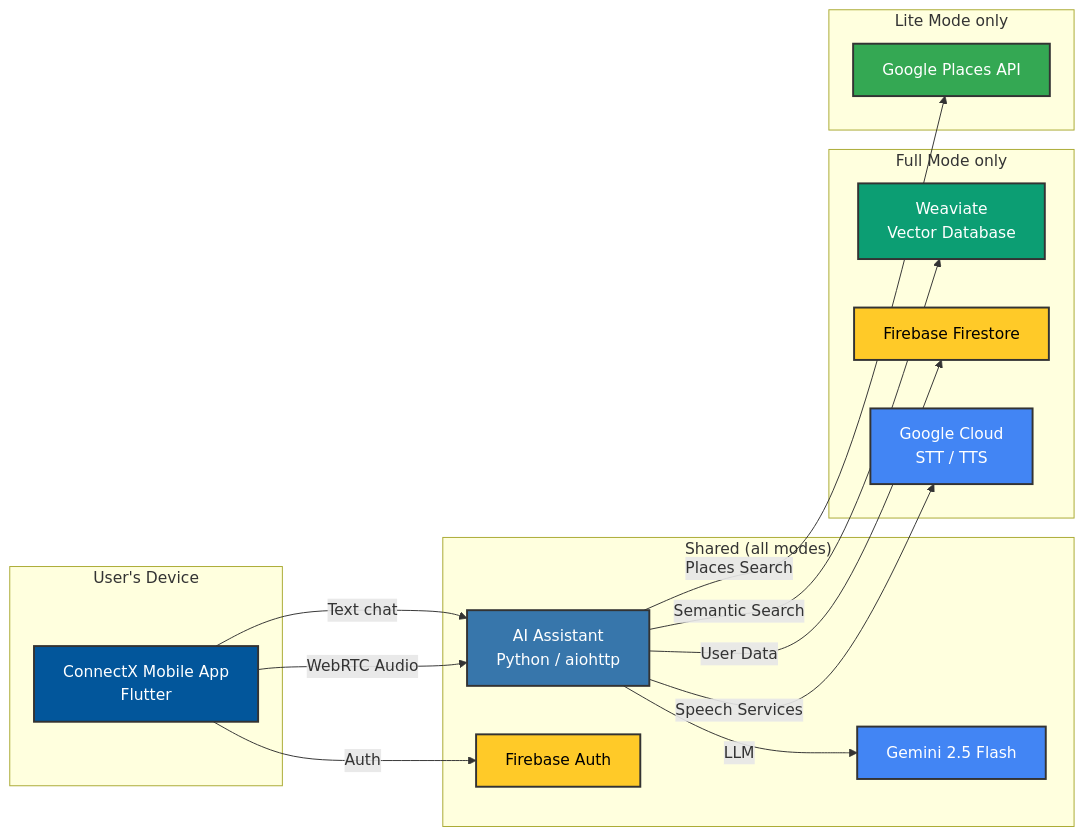
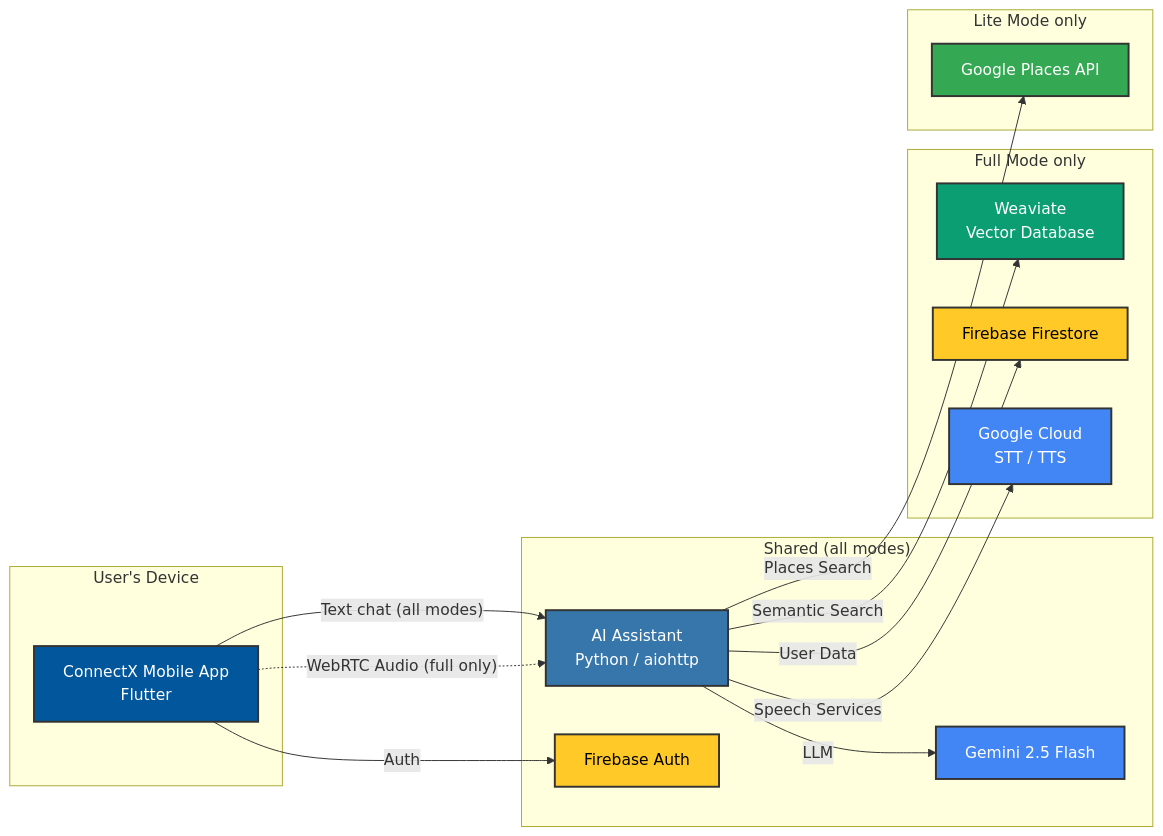
One commit to Fides-Connect/linkora changed the diagram in README.md. Above: the diagram before and after it, drawn with Mermaid. The commit also changed other lines of this file and 2 other files, not shown here.

Commit message:
Fix Copilot review: WebRTC full-only, lite wording, CrossEncoder shared, full FSM rewrite

````diff
--- a/README.md
+++ b/README.md
@@ -79,40 +79,40 @@
 ```mermaid
 graph LR
     subgraph Device["User's Device"]
         A[ConnectX Mobile App\nFlutter]
     end
 
     subgraph Shared["Shared (all modes)"]
         B[AI Assistant\nPython / aiohttp]
         G[Gemini 2.5 Flash]
         D[Firebase Auth]
     end
 
     subgraph Full["Full Mode only"]
         C[Weaviate\nVector Database]
         D2[Firebase Firestore]
         E[Google Cloud\nSTT / TTS]
     end
 
     subgraph Lite["Lite Mode only"]
         F[Google Places API]
     end
 
     A -- "Auth" --> D
-    A -- "WebRTC Audio" --> B
-    A -- "Text chat" --> B
+    A -. "WebRTC Audio (full only)" .-> B
+    A -- "Text chat (all modes)" --> B
     B -- "LLM" --> G
     B -- "User Data" --> D2
     B -- "Semantic Search" --> C
     B -- "Speech Services" --> E
     B -- "Places Search" --> F
 
     style A fill:#02569B,stroke:#333,stroke-width:2px,color:#fff
     style B fill:#3776AB,stroke:#333,stroke-width:2px,color:#fff
     style C fill:#0C9E73,stroke:#333,stroke-width:2px,color:#fff
     style D fill:#FFCA28,stroke:#333,stroke-width:2px,color:#000
     style D2 fill:#FFCA28,stroke:#333,stroke-width:2px,color:#000
     style E fill:#4285F4,stroke:#333,stroke-width:2px,color:#fff
     style F fill:#34A853,stroke:#333,stroke-width:2px,color:#fff
     style G fill:#4285F4,stroke:#333,stroke-width:2px,color:#fff
 ```
````
